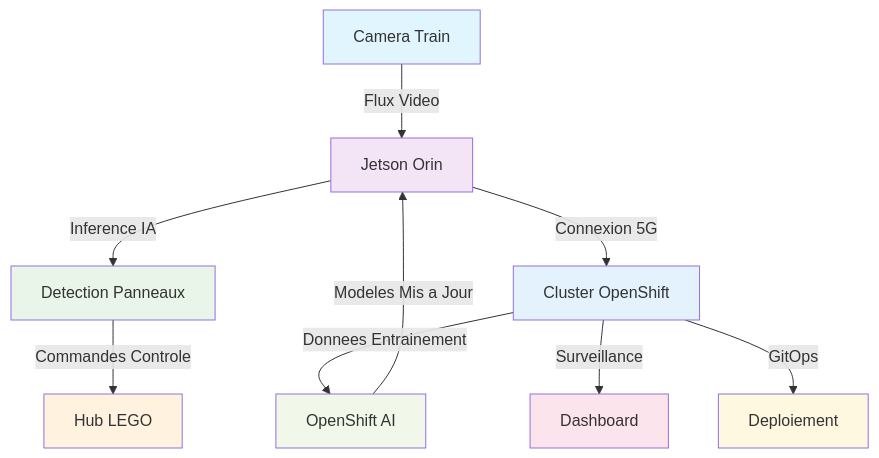
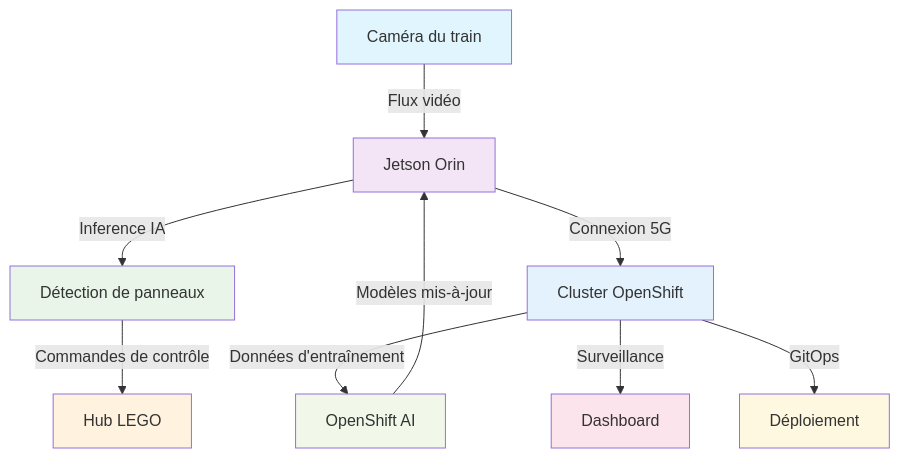
The diagram in content/overview/architecture.fr.md (Demo-AI-Edge-Crazy-Train/lego-summit-connect-2025-lab-statement), drawn with Mermaid before and after one commit.

```diff
--- a/content/overview/architecture.fr.md
+++ b/content/overview/architecture.fr.md
@@ -96,20 +96,20 @@
 {{< mermaid >}}
 graph TD
-    A[Camera Train] -->|Flux Video| B[Jetson Orin]
-    B -->|Inference IA| C[Detection Panneaux]
-    C -->|Commandes Controle| D[Hub LEGO]
+    A[Caméra du train] -->|Flux vidéo| B[Jetson Orin]
+    B -->|Inference IA| C[Détection de panneaux]
+    C -->|Commandes de contrôle| D[Hub LEGO]
     B -->|Connexion 5G| E[Cluster OpenShift]
-    E -->|Donnees Entrainement| F[OpenShift AI]
-    F -->|Modeles Mis a Jour| B
+    E -->|Données d'entraînement| F[OpenShift AI]
+    F -->|Modèles mis-à-jour| B
     E -->|Surveillance| G[Dashboard]
-    E -->|GitOps| H[Deploiement]
+    E -->|GitOps| H[Déploiement]
     
     style A fill:#e1f5fe
     style B fill:#f3e5f5
     style C fill:#e8f5e8
     style D fill:#fff3e0
     style E fill:#e3f2fd
     style F fill:#f1f8e9
     style G fill:#fce4ec
     style H fill:#fff8e1
 {{< /mermaid >}}
```
